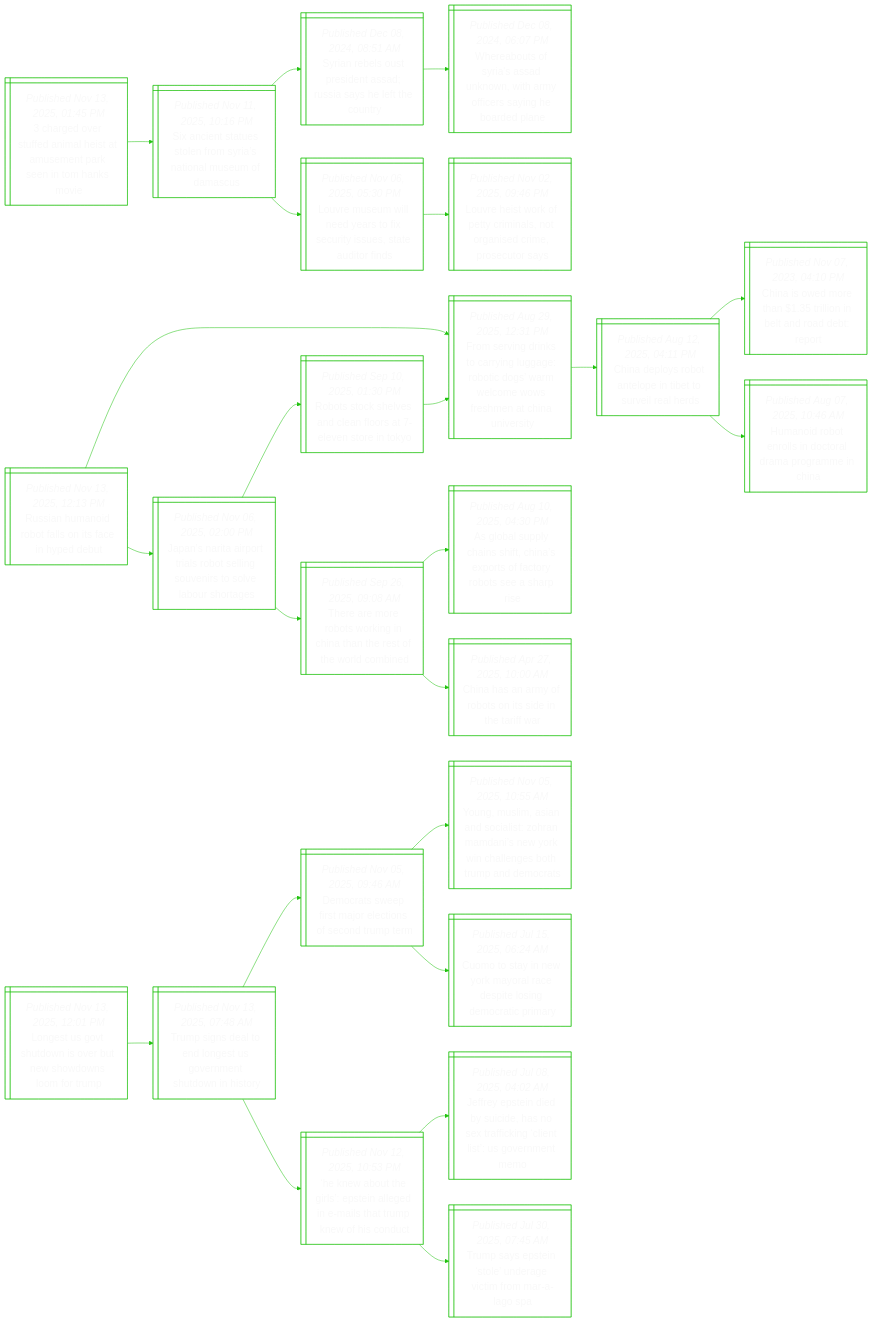
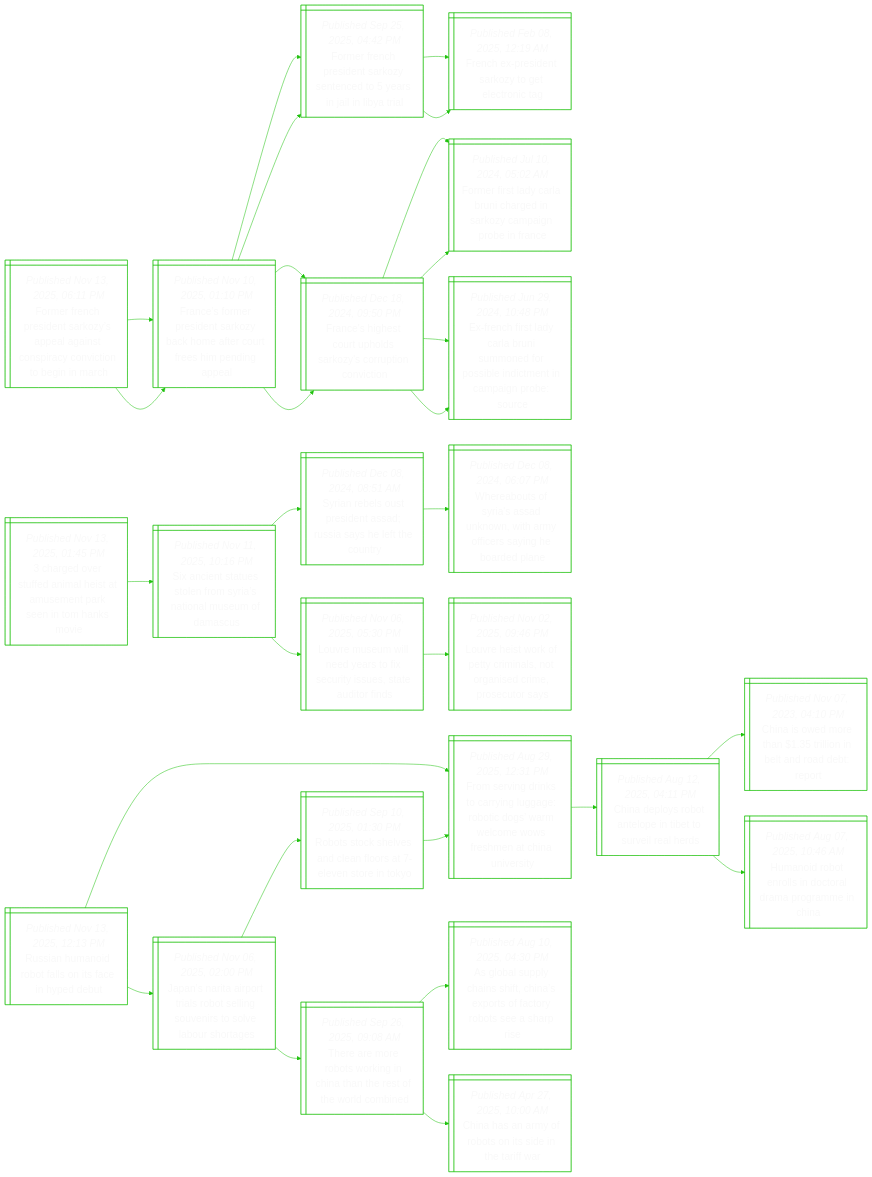
Before and after one commit to notJmes/notJmes: the diagram in README.md, drawn with Mermaid. The commit also changed other lines of this file, not shown here.

````diff
--- a/README.md
+++ b/README.md
@@ -15,6 +15,46 @@
 %%{init: {'theme':'base', 'themeVariables': {'primaryColor': "transparent", 'primaryTextColor': "#F9F9F9", 'lineColor': "#20C20E", 'primaryBorderColor':'#20C20E'}}}%%
 flowchart LR
 classDef txtsize font-size:20px;
+
+Frcstopasscvoenh@{ shape: win-pane, label: "_Published Nov 13, 2025, 06:11 PM_
+Former french president sarkozy’s appeal against conspiracy conviction to begin in march" }
+Femenkamerepne@{ shape: win-pane, label: "_Published Nov 10, 2025, 01:10 PM_
+France’s former president sarkozy back home after court frees him pending appeal" }
+Frcstoneeniya@{ shape: win-pane, label: "_Published Sep 25, 2025, 04:42 PM_
+Former french president sarkozy sentenced to 5 years in jail in libya trial" }
+Fhenkoloa@{ shape: win-pane, label: "_Published Feb 08, 2025, 12:19 AM_
+French ex-president sarkozy to get electronic tag" }
+Fehopsootot@{ shape: win-pane, label: "_Published Dec 18, 2024, 09:50 PM_
+France's highest court upholds sarkozy's corruption conviction" }
+FrtCBceayarnc@{ shape: win-pane, label: "_Published Jul 10, 2024, 05:02 AM_
+Former first lady carla bruni charged in sarkozy campaign probe in france" }
+Enrdlnmfsectmnec@{ shape: win-pane, label: "_Published Jun 29, 2024, 10:48 PM_
+Ex-french first lady carla bruni summoned for possible indictment in campaign probe: source" }
+Femenkamerepne@{ shape: win-pane, label: "_Published Nov 10, 2025, 01:10 PM_
+France’s former president sarkozy back home after court frees him pending appeal" }
+Frcstoneeniya@{ shape: win-pane, label: "_Published Sep 25, 2025, 04:42 PM_
+Former french president sarkozy sentenced to 5 years in jail in libya trial" }
+Fhenkoloa@{ shape: win-pane, label: "_Published Feb 08, 2025, 12:19 AM_
+French ex-president sarkozy to get electronic tag" }
+Fehopsootot@{ shape: win-pane, label: "_Published Dec 18, 2024, 09:50 PM_
+France's highest court upholds sarkozy's corruption conviction" }
+FrtCBceayarnc@{ shape: win-pane, label: "_Published Jul 10, 2024, 05:02 AM_
+Former first lady carla bruni charged in sarkozy campaign probe in france" }
+Enrdlnmfsectmnec@{ shape: win-pane, label: "_Published Jun 29, 2024, 10:48 PM_
+Ex-french first lady carla bruni summoned for possible indictment in campaign probe: source" }
+
+Frcstopasscvoenh:::txtsize --> Femenkamerepne:::txtsize
+Femenkamerepne:::txtsize --> Frcstoneeniya:::txtsize
+Frcstoneeniya:::txtsize --> Fhenkoloa:::txtsize
+Femenkamerepne:::txtsize --> Fehopsootot:::txtsize
+Fehopsootot:::txtsize --> FrtCBceayarnc:::txtsize
+Fehopsootot:::txtsize --> Enrdlnmfsectmnec:::txtsize
+Frcstopasscvoenh:::txtsize --> Femenkamerepne:::txtsize
+Femenkamerepne:::txtsize --> Frcstoneeniya:::txtsize
+Frcstoneeniya:::txtsize --> Fhenkoloa:::txtsize
+Femenkamerepne:::txtsize --> Fehopsootot:::txtsize
+Fehopsootot:::txtsize --> FrtCBceayarnc:::txtsize
+Fehopsootot:::txtsize --> Enrdlnmfsectmnec:::txtsize
 
 cerfietepeTnv@{ shape: win-pane, label: "_Published Nov 13, 2025, 01:45 PM_
 3 charged over stuffed animal heist at amusement park seen in tom hanks movie" }
@@ -69,29 +109,4 @@
 Tarorinnetrmd:::txtsize --> AbphsCsrfroere:::txtsize
 Tarorinnetrmd:::txtsize --> Chaftteef:::txtsize
 
-Lsounenonmr@{ shape: win-pane, label: "_Published Nov 13, 2025, 12:01 PM_
-Longest us govt shutdown is over but new showdowns loom for trump" }
-Tsdootveuns@{ shape: win-pane, label: "_Published Nov 13, 2025, 07:48 AM_
-Trump signs deal to end longest us government shutdown in history" }
-Drwialosdp@{ shape: win-pane, label: "_Published Nov 05, 2025, 09:46 AM_
-Democrats sweep first major elections of second trump term" }
-YMmnoihaiYilehpea@{ shape: win-pane, label: "_Published Nov 05, 2025, 10:55 AM_
-Young, muslim, asian and socialist: zohran mamdani’s new york win challenges both trump and democrats" }
-Ctywmaeiseary@{ shape: win-pane, label: "_Published Jul 15, 2025, 06:24 AM_
-Cuomo to stay in new york mayoral race despite losing democratic primary" }
-HwtipngesTkfot@{ shape: win-pane, label: "_Published Nov 12, 2025, 10:53 PM_
-‘he knew about the girls’: epstein alleged in e-mails that trump knew of his conduct" }
-Jetisdntigntvem@{ shape: win-pane, label: "_Published Jul 08, 2025, 04:02 AM_
-Jeffrey epstein died by suicide, has no sex trafficking ‘client list’: us government memo" }
-Tspnerifag@{ shape: win-pane, label: "_Published Jul 30, 2025, 07:45 AM_
-Trump says epstein ‘stole’ underage victim from mar-a-lago spa" }
-
-Lsounenonmr:::txtsize --> Tsdootveuns:::txtsize
-Tsdootveuns:::txtsize --> Drwialosdp:::txtsize
-Drwialosdp:::txtsize --> YMmnoihaiYilehpea:::txtsize
-Drwialosdp:::txtsize --> Ctywmaeiseary:::txtsize
-Tsdootveuns:::txtsize --> HwtipngesTkfot:::txtsize
-HwtipngesTkfot:::txtsize --> Jetisdntigntvem:::txtsize
-HwtipngesTkfot:::txtsize --> Tspnerifag:::txtsize
-
 ```
````
